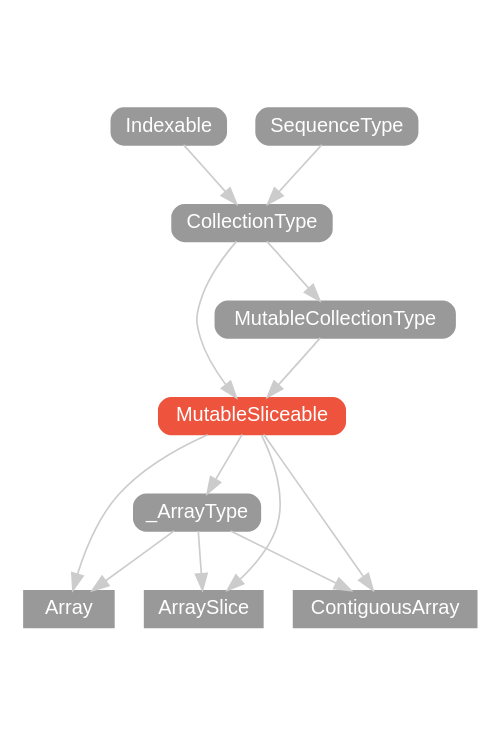
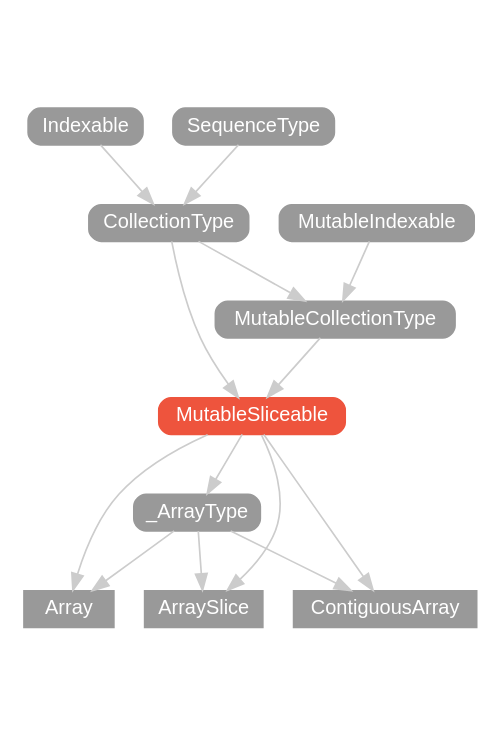
Before and after one commit to SwiftDoc/SwiftDoc.github.io: the diagram in swift-2/protocol/MutableSliceable/hierarchy/index.dot, drawn with Graphviz. The commit also changed 1189 other files, not shown here.

```diff
--- a/swift-2/protocol/MutableSliceable/hierarchy/index.dot
+++ b/swift-2/protocol/MutableSliceable/hierarchy/index.dot
@@ -1,30 +1,32 @@
 strict digraph "MutableSliceable - Type Hierarchy - SwiftDoc.org" {
     pad="0.1,0.8"
     node [shape=box, style="filled,rounded", color="#999999", fillcolor="#999999", fontcolor=white, fontname=Helvetica, fontnames="Helvetica,sansserif", fontsize=12, margin="0.07,0.05", height="0.3"]
     edge [color="#cccccc"]
     "Array" [URL="/type/Array/", style=filled]
     "ArraySlice" [URL="/type/ArraySlice/", style=filled]
     "CollectionType" [URL="/protocol/CollectionType/"]
     "ContiguousArray" [URL="/type/ContiguousArray/", style=filled]
     "Indexable" [URL="/protocol/Indexable/"]
     "MutableCollectionType" [URL="/protocol/MutableCollectionType/"]
+    "MutableIndexable" [URL="/protocol/MutableIndexable/"]
     "MutableSliceable" [URL="/protocol/MutableSliceable/", style="filled,rounded", fillcolor="#ee543d", color="#ee543d"]
     "SequenceType" [URL="/protocol/SequenceType/"]
     "_ArrayType" [URL="/protocol/_ArrayType/"]    "MutableSliceable" -> "Array"
     "MutableSliceable" -> "ArraySlice"
     "MutableSliceable" -> "ContiguousArray"
     "MutableSliceable" -> "_ArrayType"
     "_ArrayType" -> "Array"
     "_ArrayType" -> "ArraySlice"
     "_ArrayType" -> "ContiguousArray"
     "CollectionType" -> "MutableSliceable"
     "MutableCollectionType" -> "MutableSliceable"
     "Indexable" -> "CollectionType"
     "SequenceType" -> "CollectionType"
+    "MutableIndexable" -> "MutableCollectionType"
     "CollectionType" -> "MutableCollectionType"
     "Indexable" -> "CollectionType"
     "SequenceType" -> "CollectionType"
     subgraph Types {
         rank = max; "Array"; "ArraySlice"; "ContiguousArray";
     }
 }
```
